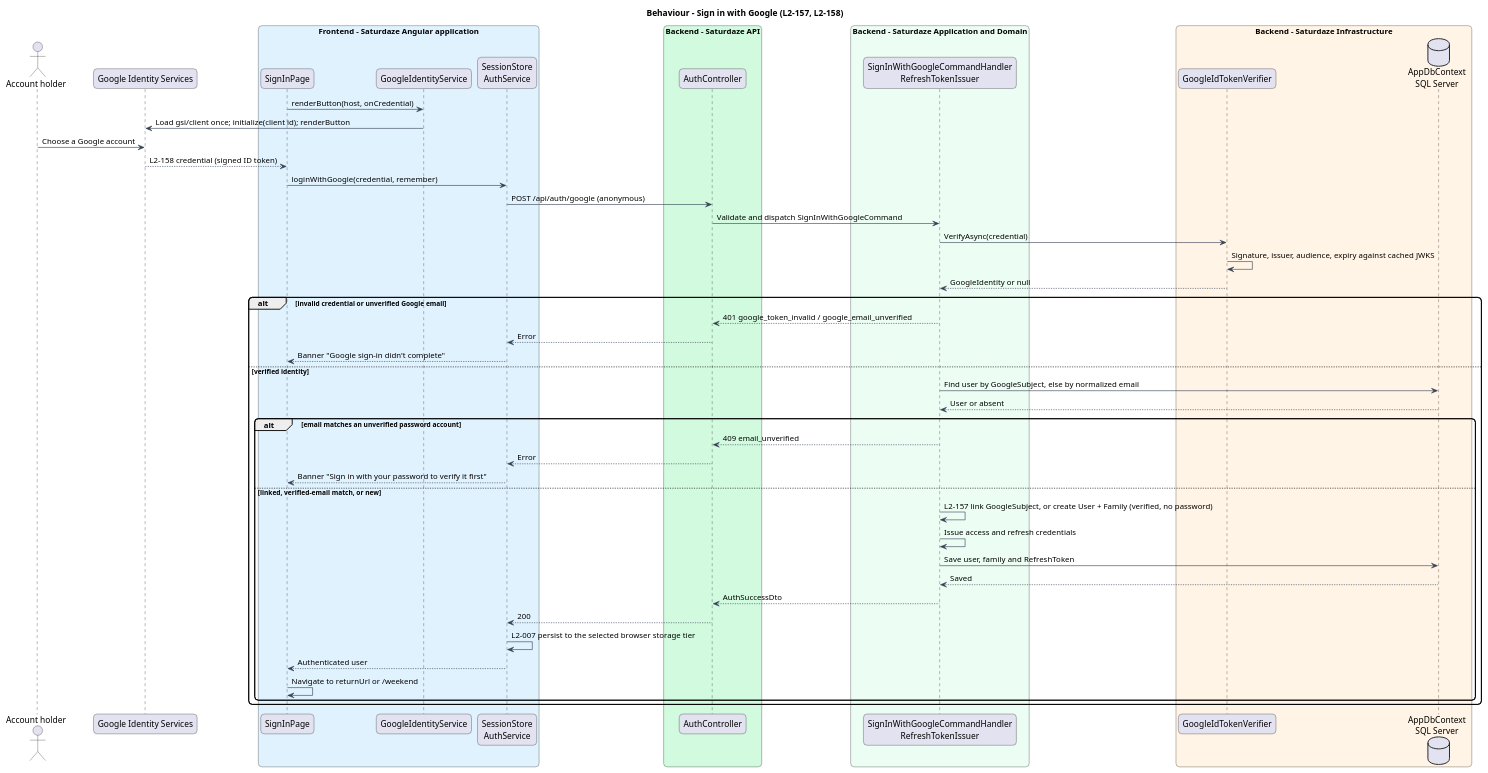
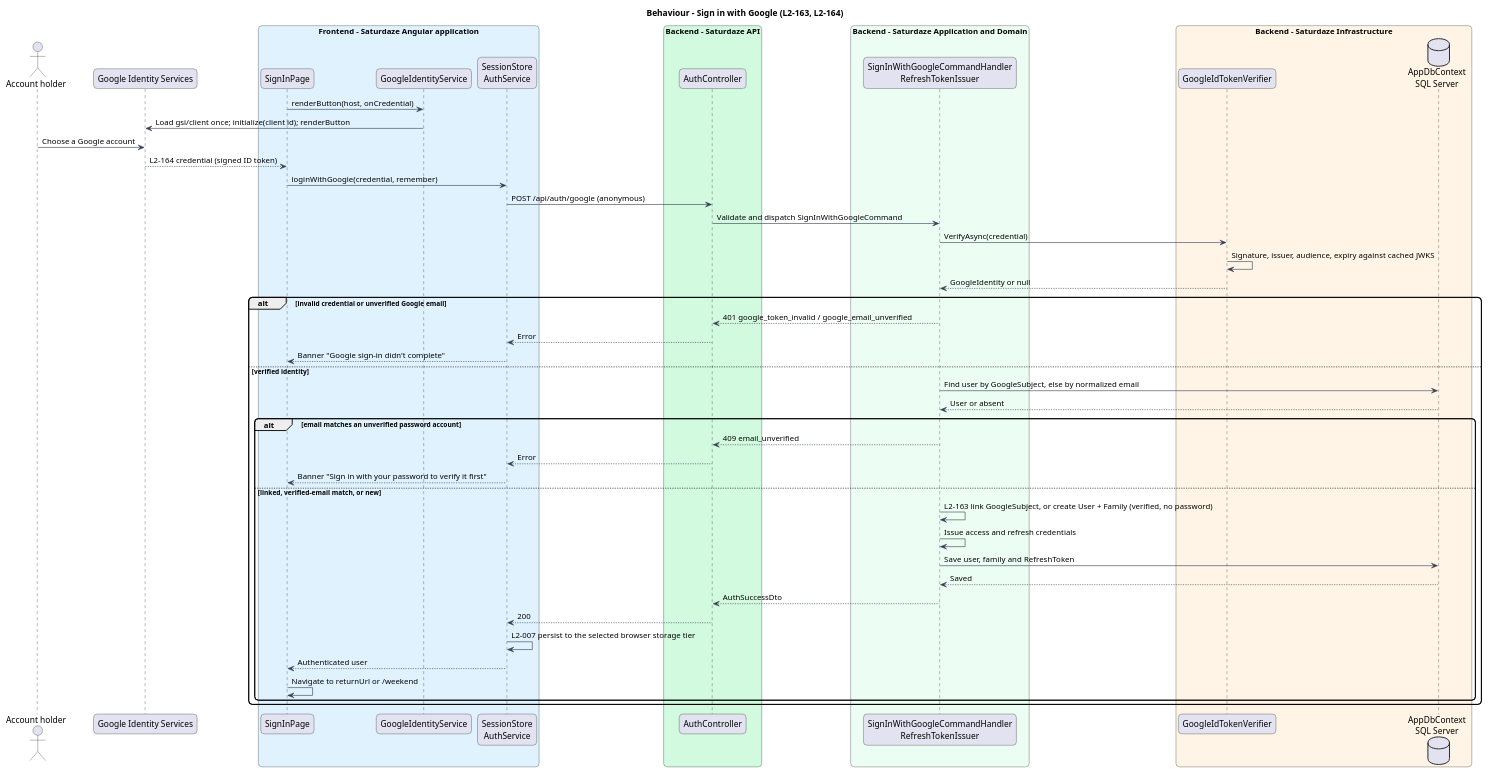
Before and after one commit to QuinntyneBrown/saturdaze: the diagram in docs/detailed-designs/identity-and-access/sign-in-with-google/diagrams/sequence-google-sign-in.puml, drawn with PlantUML. The commit also changed 26 other files, not shown here.

First line of the commit message:
Renumber sign in with Google to L2-163 and L2-164

```diff
--- a/docs/detailed-designs/identity-and-access/sign-in-with-google/diagrams/sequence-google-sign-in.puml
+++ b/docs/detailed-designs/identity-and-access/sign-in-with-google/diagrams/sequence-google-sign-in.puml
@@ -1,58 +1,58 @@
 @startuml
-title Behaviour - Sign in with Google (L2-157, L2-158)
+title Behaviour - Sign in with Google (L2-163, L2-164)
 skinparam backgroundColor #FFFFFF
 skinparam shadowing false
 skinparam roundcorner 12
 skinparam defaultFontName Arial
 skinparam ArrowColor #344054
 actor "Account holder" as actor
 participant "Google Identity Services" as google
 box "Frontend - Saturdaze Angular application" #E0F2FE
  participant "SignInPage" as page
  participant "GoogleIdentityService" as gsi
  participant "SessionStore\nAuthService" as client
 end box
 box "Backend - Saturdaze API" #D1FADF
  participant "AuthController" as controller
 end box
 box "Backend - Saturdaze Application and Domain" #ECFDF3
  participant "SignInWithGoogleCommandHandler\nRefreshTokenIssuer" as handler
 end box
 box "Backend - Saturdaze Infrastructure" #FFF4E5
  participant "GoogleIdTokenVerifier" as verifier
  database "AppDbContext\nSQL Server" as db
 end box
 page -> gsi : renderButton(host, onCredential)
 gsi -> google : Load gsi/client once; initialize(client id); renderButton
 actor -> google : Choose a Google account
-google --> page : L2-158 credential (signed ID token)
+google --> page : L2-164 credential (signed ID token)
 page -> client : loginWithGoogle(credential, remember)
 client -> controller : POST /api/auth/google (anonymous)
 controller -> handler : Validate and dispatch SignInWithGoogleCommand
 handler -> verifier : VerifyAsync(credential)
 verifier -> verifier : Signature, issuer, audience, expiry against cached JWKS
 verifier --> handler : GoogleIdentity or null
 alt invalid credential or unverified Google email
 handler --> controller : 401 google_token_invalid / google_email_unverified
 controller --> client : Error
 client --> page : Banner "Google sign-in didn't complete"
 else verified identity
 handler -> db : Find user by GoogleSubject, else by normalized email
 db --> handler : User or absent
 alt email matches an unverified password account
 handler --> controller : 409 email_unverified
 controller --> client : Error
 client --> page : Banner "Sign in with your password to verify it first"
 else linked, verified-email match, or new
-handler -> handler : L2-157 link GoogleSubject, or create User + Family (verified, no password)
+handler -> handler : L2-163 link GoogleSubject, or create User + Family (verified, no password)
 handler -> handler : Issue access and refresh credentials
 handler -> db : Save user, family and RefreshToken
 db --> handler : Saved
 handler --> controller : AuthSuccessDto
 controller --> client : 200
 client -> client : L2-007 persist to the selected browser storage tier
 client --> page : Authenticated user
 page -> page : Navigate to returnUrl or /weekend
 end
 end
 @enduml
```
